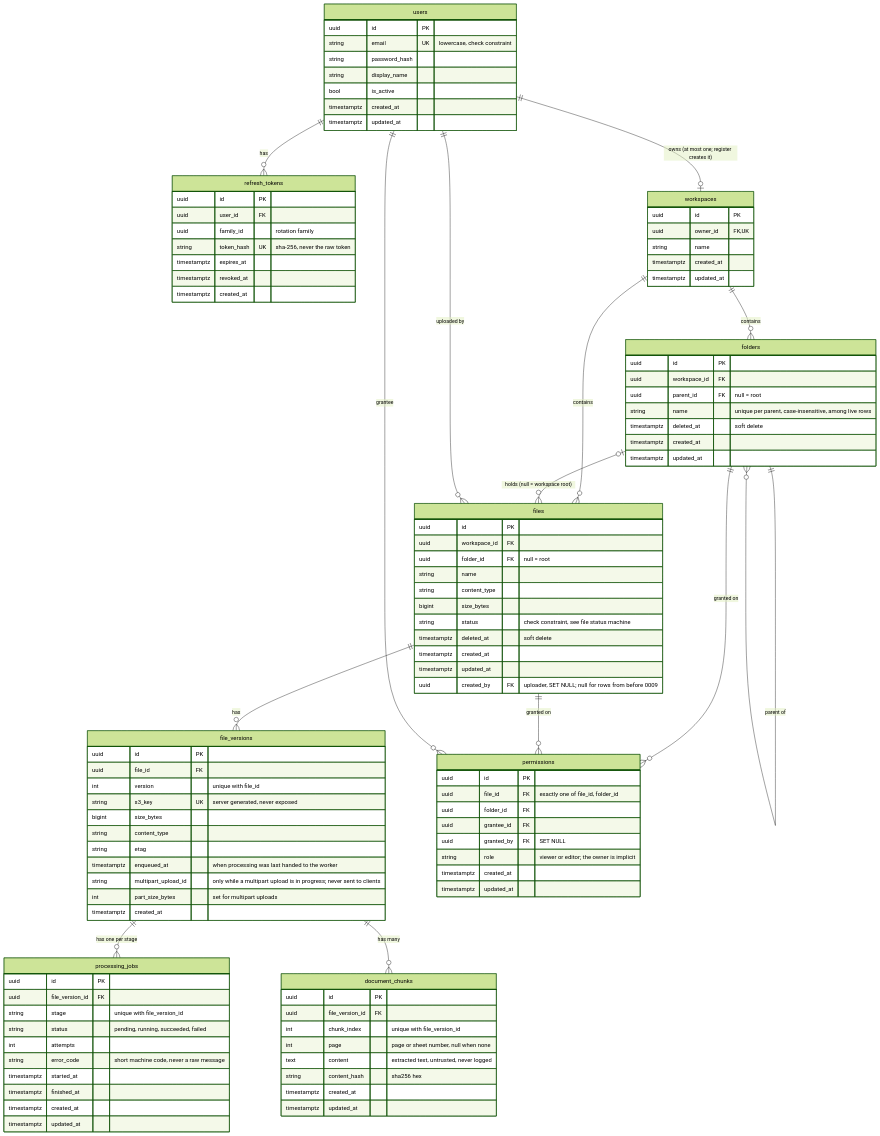
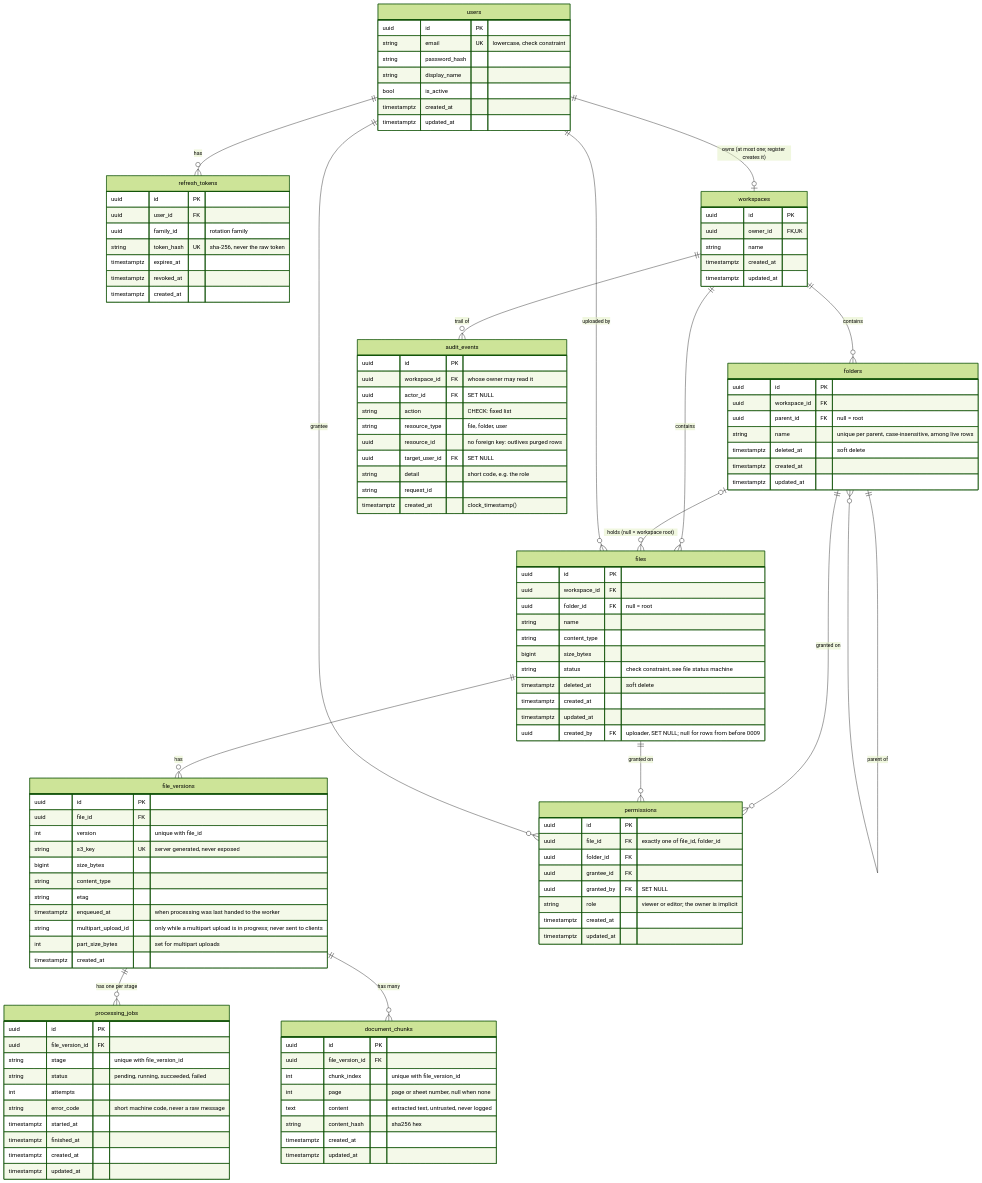
Before and after one commit to manan-77/clouddrop: the diagram in docs/er-diagram.md, drawn with Mermaid (forest theme). The commit also changed 22 other files, not shown here.

First line of the commit message:
feat(backend): add the audit trail (#24)

```diff
--- a/docs/er-diagram.md
+++ b/docs/er-diagram.md
@@ -13,6 +13,7 @@
     files ||--o{ file_versions : "has"
     file_versions ||--o{ processing_jobs : "has one per stage"
     file_versions ||--o{ document_chunks : "has many"
+    workspaces ||--o{ audit_events : "trail of"
     folders ||--o{ permissions : "granted on"
     files ||--o{ permissions : "granted on"
     users ||--o{ permissions : "grantee"
@@ -100,6 +101,18 @@
         timestamptz created_at
         timestamptz updated_at
     }
+    audit_events {
+        uuid id PK
+        uuid workspace_id FK "whose owner may read it"
+        uuid actor_id FK "SET NULL"
+        string action "CHECK: fixed list"
+        string resource_type "file, folder, user"
+        uuid resource_id "no foreign key: outlives purged rows"
+        uuid target_user_id FK "SET NULL"
+        string detail "short code, e.g. the role"
+        string request_id
+        timestamptz created_at "clock_timestamp()"
+    }
     document_chunks {
         uuid id PK
         uuid file_version_id FK
```
